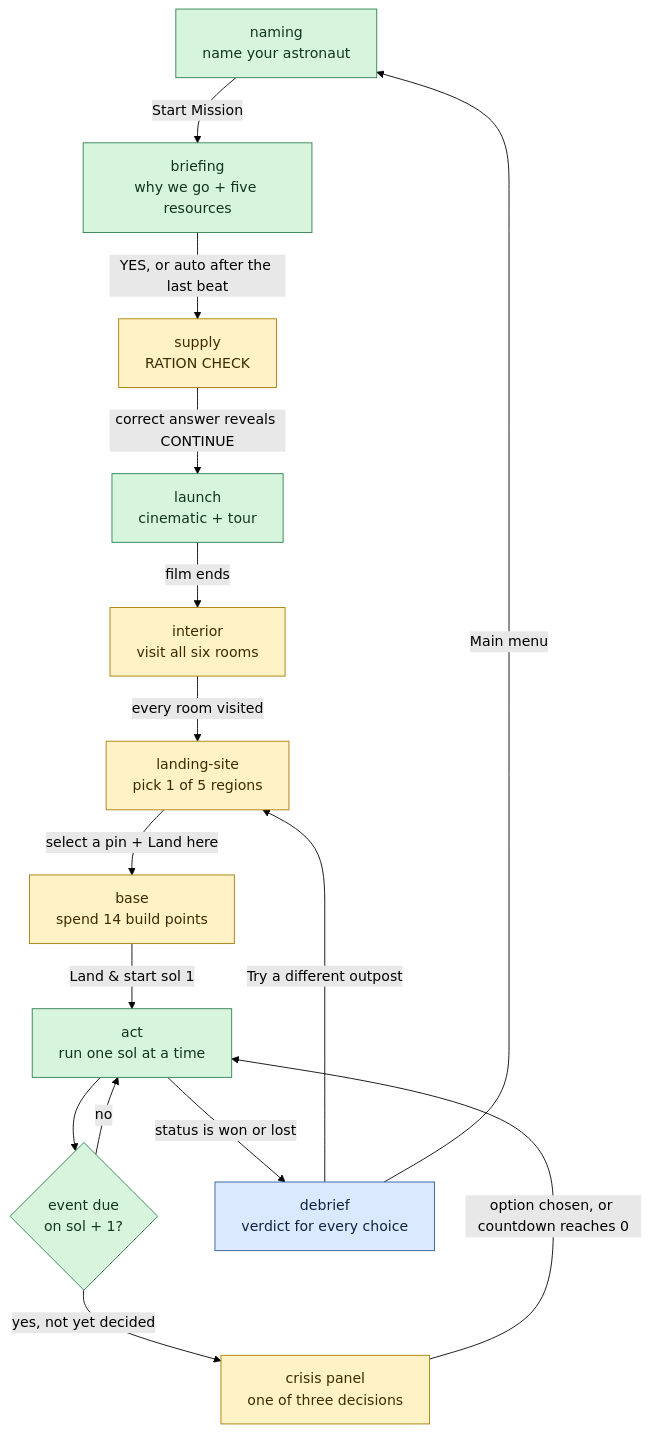
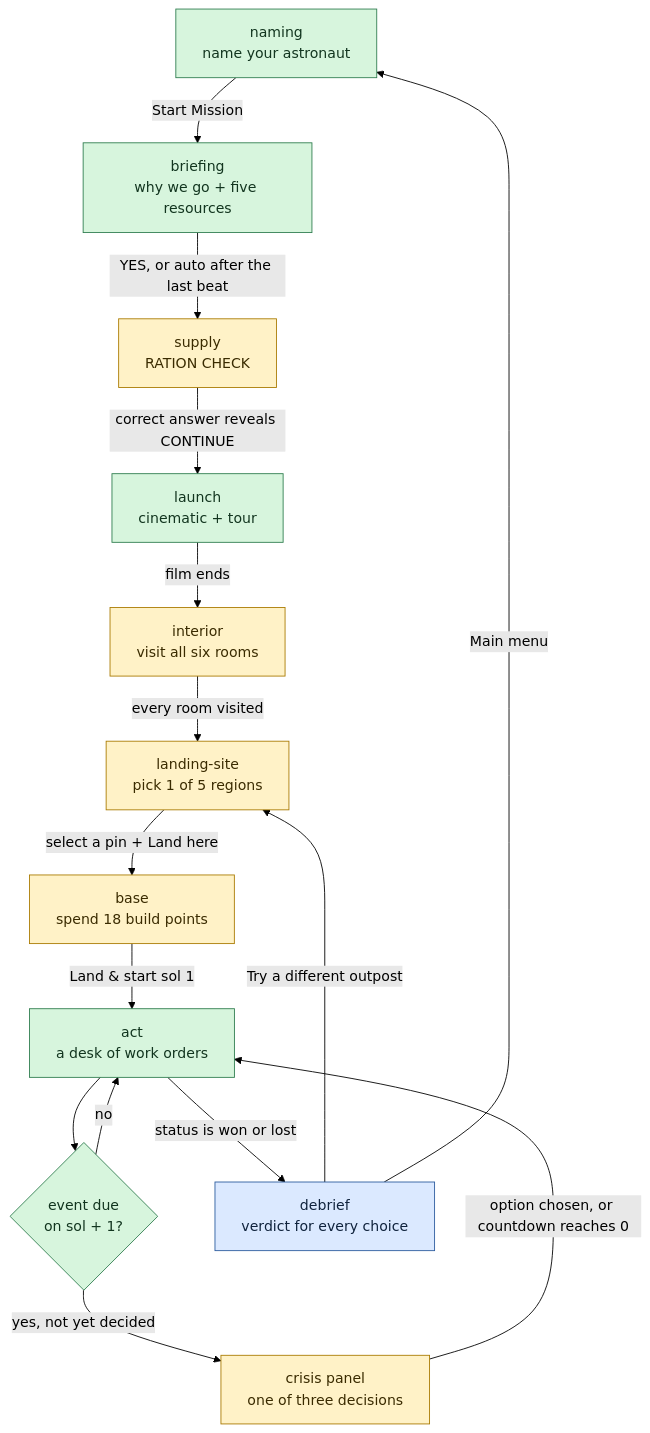
One commit to Theteamakrasia/Mars-Horizon-Junior-Astronaut-Mission-Trainer changed the first of 4 diagrams in docs/game-flow.md. Above: the diagram before and after it, drawn with Mermaid (forest theme). The commit also changed other lines of this file and 1 other file, not shown here.

First line of the commit message:
docs(architecture): the file tree, the contracts and the day

````diff
--- a/docs/game-flow.md
+++ b/docs/game-flow.md
@@ -28,33 +28,33 @@
 ```mermaid
 flowchart TD
     Naming["naming<br/>name your astronaut"]:::impl
     Briefing["briefing<br/>why we go + five resources"]:::impl
     Supply["supply<br/>RATION CHECK"]:::gate
     Launch["launch<br/>cinematic + tour"]:::impl
     Interior["interior<br/>visit all six rooms"]:::gate
     Site["landing-site<br/>pick 1 of 5 regions"]:::gate
-    Base["base<br/>spend 14 build points"]:::gate
-    Act["act<br/>run one sol at a time"]:::impl
+    Base["base<br/>spend 18 build points"]:::gate
+    Act["act<br/>a desk of work orders"]:::impl
     Pending{"event due<br/>on sol + 1?"}:::impl
     Crisis["crisis panel<br/>one of three decisions"]:::gate
     Debrief["debrief<br/>verdict for every choice"]:::terminal
 
     Naming -->|"Start Mission"| Briefing
     Briefing -->|"YES, or auto after the last beat"| Supply
     Supply -->|"correct answer reveals CONTINUE"| Launch
     Launch -->|"film ends"| Interior
     Interior -->|"every room visited"| Site
     Site -->|"select a pin + Land here"| Base
     Base -->|"Land &amp; start sol 1"| Act
     Act --> Pending
     Pending -->|"yes, not yet decided"| Crisis
     Crisis -->|"option chosen, or countdown reaches 0"| Act
     Pending -->|"no"| Act
     Act -->|"status is won or lost"| Debrief
     Debrief -->|"Try a different outpost"| Site
     Debrief -->|"Main menu"| Naming
 
     classDef impl fill:#d7f5dd,stroke:#2f7d4f,color:#12351f
     classDef gate fill:#fff2c7,stroke:#a97a00,color:#3a2b00
     classDef terminal fill:#dbe9ff,stroke:#2b5b9e,color:#10233d
 ```
````
